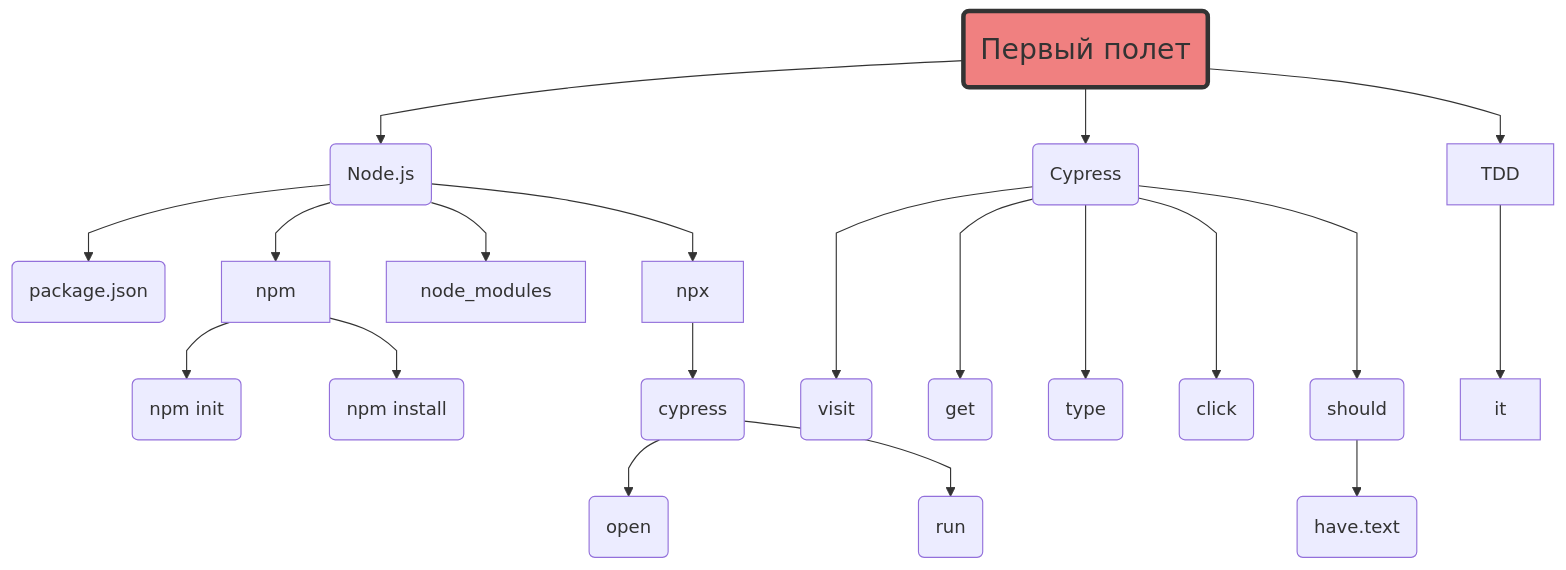
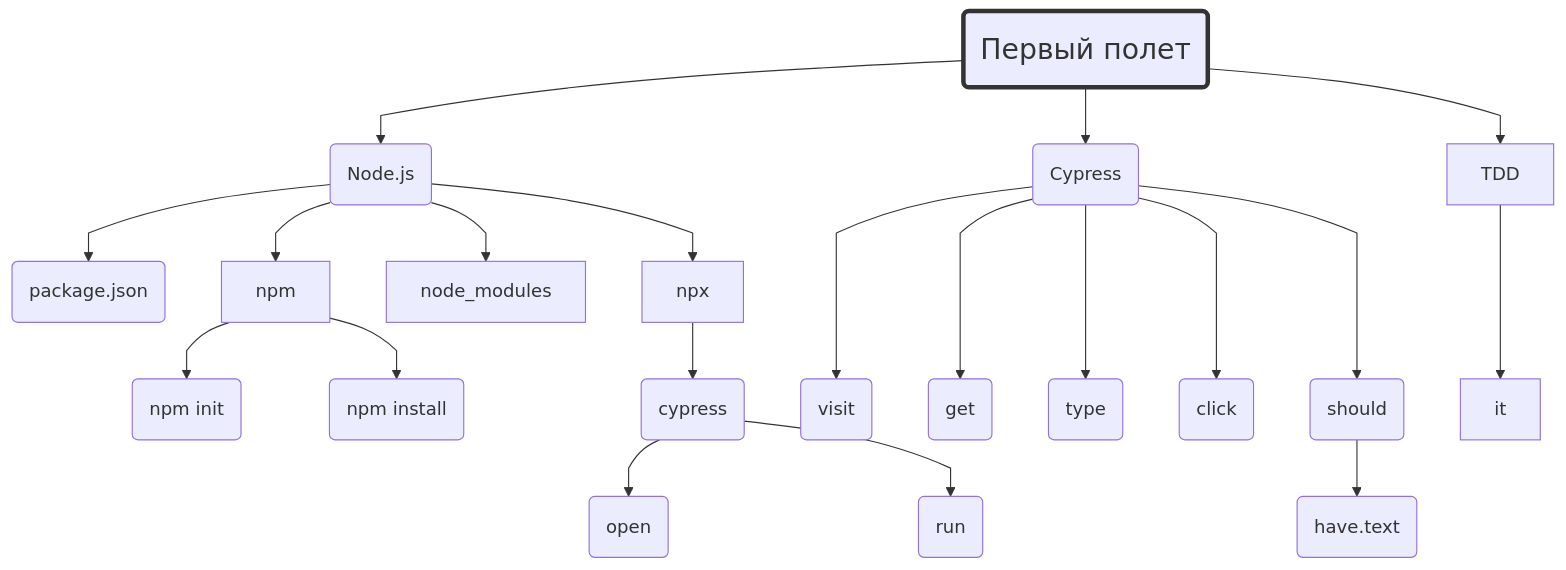
One commit to open-tutorials/cypress changed the first of 4 diagrams in README.md. Above: the diagram before and after it, drawn with Mermaid. The commit also changed other lines of this file and 1 other file, not shown here.

````diff
--- a/README.md
+++ b/README.md
@@ -70,29 +70,29 @@
 ```mermaid
 %%{ init: { 'flowchart': { 'curve': 'monotoneX' } } }%%
 flowchart TB
 cypress_test_flight(<span style='font-size:25px'>Первый полет</span>)
 cypress_test_flight --> node_js(Node.js)
 node_js --> package_json(package.json)
 node_js --> npm
 npm --> npm_init(npm init)
 npm --> npm_install(npm install)
 node_js --> node_modules
 node_js --> npx
 npx --> cypress_npx(cypress)
 cypress_npx --> cypress_open(open)
 cypress_npx --> cypress_run(run)
 cypress_test_flight --> cypress(Cypress)
 cypress ---> cy_visit(visit)
 cypress ---> cy_get(get)
 cypress ---> cy_type(type)
 cypress ---> cy_click(click)
 cypress ---> cy_should(should)
 cy_should --> cy_should_have_text(have.text)
 cypress_test_flight --> TDD
 TDD ---> it
 
-style cypress_test_flight fill:LightCoral,stroke:#333,stroke-width:4px
+style cypress_test_flight stroke:#333,stroke-width:4px
 click cypress_test_flight "https://md.epic1h.com/cypress_test_flight" _blank
 click npm_init "https://youtu.be/lqqlaOuxrpM?t=194" _blank
 click cy_click "https://youtu.be/lqqlaOuxrpM?t=591" _blank
 ```
````
